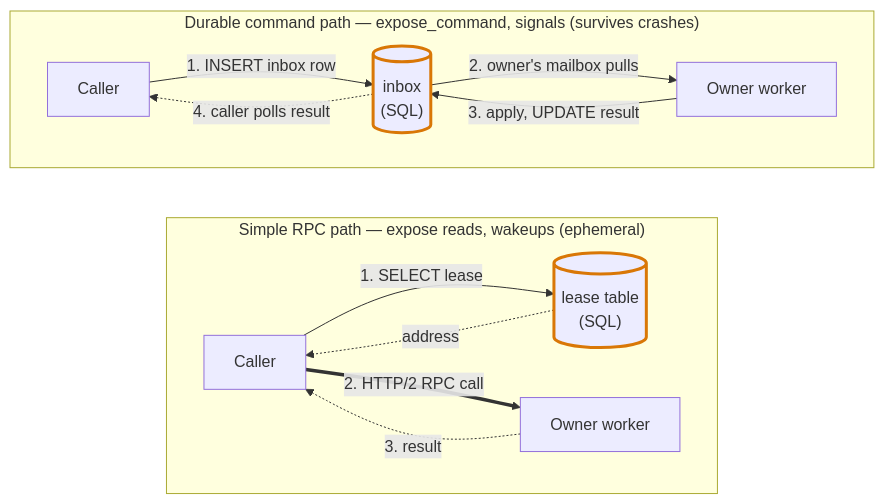
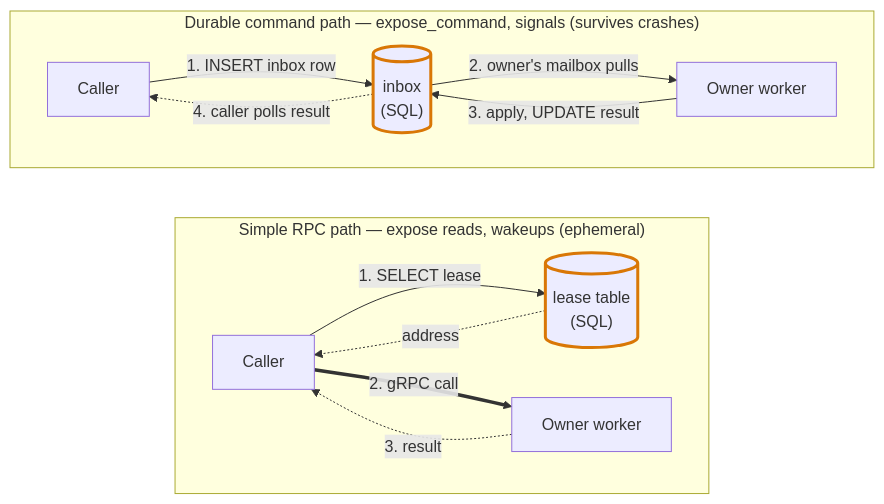
Before and after one commit to harrymees/durababble: the second of 3 diagrams in docs/content/cluster-rpc.md, drawn with Mermaid. The commit also changed other lines of this file and 10 other files, not shown here.

````diff
--- a/docs/content/cluster-rpc.md
+++ b/docs/content/cluster-rpc.md
@@ -56,23 +56,23 @@
 ```mermaid
 flowchart TB
     subgraph durable["Durable command path — expose_command, signals (survives crashes)"]
         direction LR
         DC1["Caller"] -->|"1. INSERT inbox row"| DCDB[("inbox<br/>(SQL)")]
         DCDB -->|"2. owner's mailbox pulls"| DCO["Owner worker"]
         DCO -->|"3. apply, UPDATE result"| DCDB
         DCDB -.->|"4. caller polls result"| DC1
     end
 
     durable ~~~ simple
 
     subgraph simple["Simple RPC path — expose reads, wakeups (ephemeral)"]
         direction LR
         SC1["Caller"] -->|"1. SELECT lease"| SLDB[("lease table<br/>(SQL)")]
         SLDB -.->|"address"| SC1
-        SC1 ==>|"2. HTTP/2 RPC call"| SO["Owner worker"]
+        SC1 ==>|"2. gRPC call"| SO["Owner worker"]
         SO -.->|"3. result"| SC1
     end
 
     classDef sqlNode stroke:#d97706,stroke-width:3px
     class DCDB,SLDB sqlNode
 ```
````
